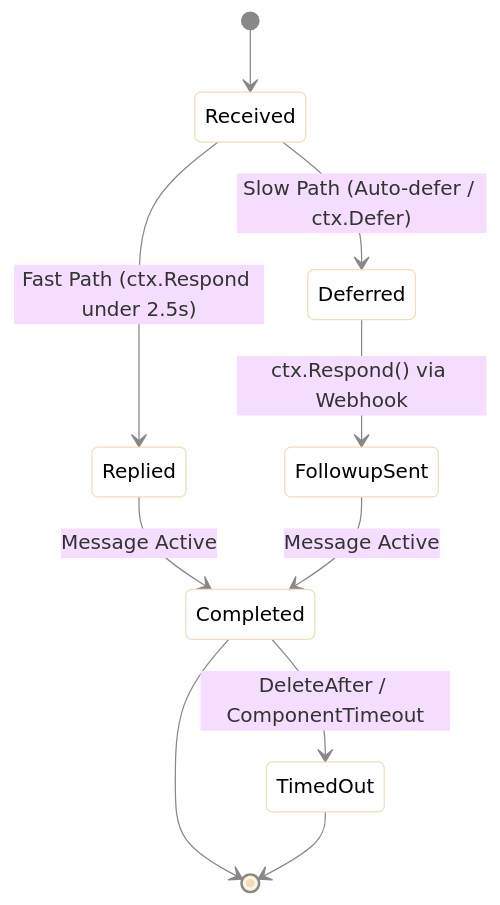
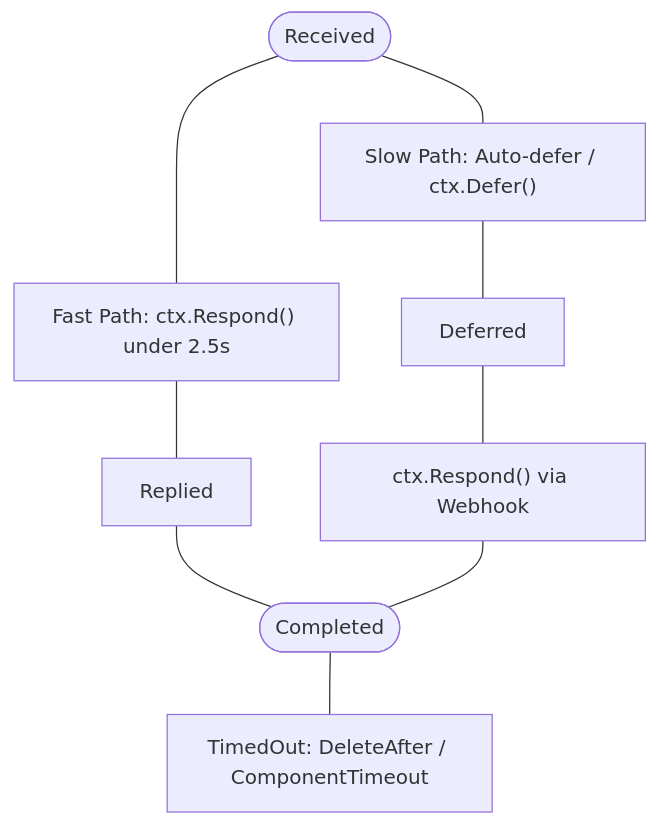
The diagram in .docs/context.md (sfossl/gdk), drawn with Mermaid before and after one commit. The commit also changed 4 other files, not shown here.

Commit message:
update diagrams

````diff
--- a/.docs/context.md
+++ b/.docs/context.md
@@ -138,17 +138,22 @@
 ```mermaid
-%%{init: {'theme': 'base', 'themeVariables': {'lineColor': '#888', 'labelBoxBkgColor': 'transparent', 'labelBoxBorderColor': '#888', 'stateBkg': 'transparent', 'stateBorder': '#888', 'stateLabelColor': 'inherit'}}}%%
-stateDiagram-v2
-    [*] --> Received
-    
-    Received --> Replied: Fast Path (ctx.Respond under 2.5s)
-    Received --> Deferred: Slow Path (Auto-defer / ctx.Defer)
-    
-    Deferred --> FollowupSent: ctx.Respond() via Webhook
-    
-    Replied --> Completed: Message Active
-    FollowupSent --> Completed: Message Active
-    
-    Completed --> TimedOut: DeleteAfter / ComponentTimeout
-    Completed --> [*]
-    TimedOut --> [*]
+flowchart TD
+    Received(["Received"])
+    FastPath["Fast Path: ctx.Respond() under 2.5s"]
+    SlowPath["Slow Path: Auto-defer / ctx.Defer()"]
+    Replied["Replied"]
+    Deferred["Deferred"]
+    Followup["ctx.Respond() via Webhook"]
+    Completed(["Completed"])
+    TimedOut["TimedOut: DeleteAfter / ComponentTimeout"]
+
+    Received --- FastPath
+    FastPath --- Replied
+    Replied --- Completed
+
+    Received --- SlowPath
+    SlowPath --- Deferred
+    Deferred --- Followup
+    Followup --- Completed
+
+    Completed --- TimedOut
 ```
````
